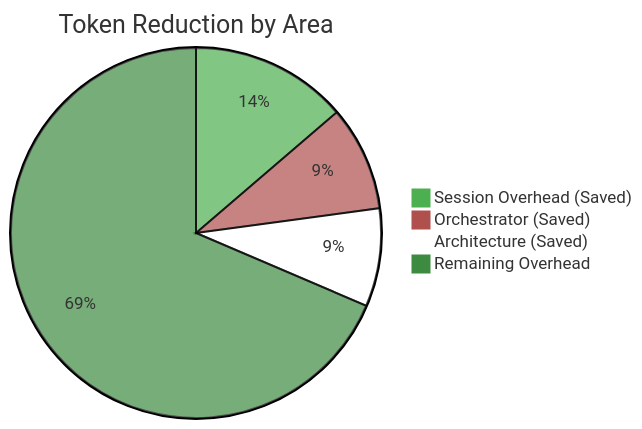
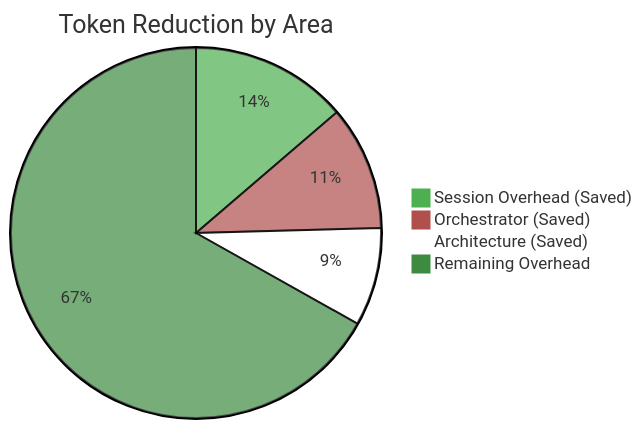
One commit to MatrixFounder/Agents-development changed the first of 3 diagrams in docs/TOKEN_OPTIMIZATION_INFOGRAPHIC.md. Above: the diagram before and after it, drawn with Mermaid. The commit also changed other lines of this file and 3 other files, not shown here.

````diff
--- a/docs/TOKEN_OPTIMIZATION_INFOGRAPHIC.md
+++ b/docs/TOKEN_OPTIMIZATION_INFOGRAPHIC.md
@@ -19,8 +19,8 @@
 ```mermaid
 %%{init: {'theme': 'base', 'themeVariables': { 'primaryColor': '#4CAF50', 'edgeLabelBackground':'#ffffff', 'tertiaryColor': '#fff'}}}%%
 pie title Token Reduction by Area
     "Session Overhead (Saved)" : 2400
-    "Orchestrator (Saved)" : 1600
+    "Orchestrator (Saved)" : 1900
     "Architecture (Saved)" : 1500
-    "Remaining Overhead" : 12000
+    "Remaining Overhead" : 11700
 ```
````
